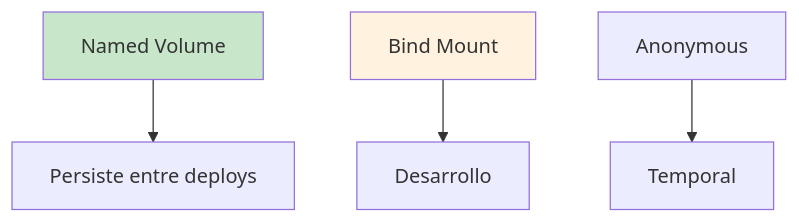
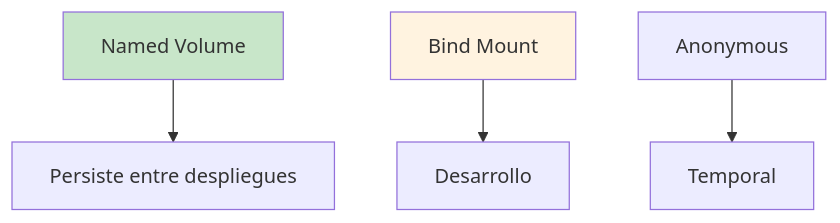
Before and after one commit to map0logo/curso-docker-k8s: the ninth of 26 diagrams in slides/04-docker-compose.qmd, drawn with Mermaid. The commit also changed other lines of this file, not shown here.

````diff
--- a/slides/04-docker-compose.qmd
+++ b/slides/04-docker-compose.qmd
@@ -411,9 +408,9 @@
 ```{mermaid}
 graph TB
-    A[Named Volume] --> B[Persiste entre deploys]
+    A[Named Volume] --> B[Persiste entre despliegues]
     C[Bind Mount] --> D[Desarrollo]
     E[Anonymous] --> F[Temporal]
     
     style A fill:#c8e6c9
     style C fill:#fff3e0
 ```
````
